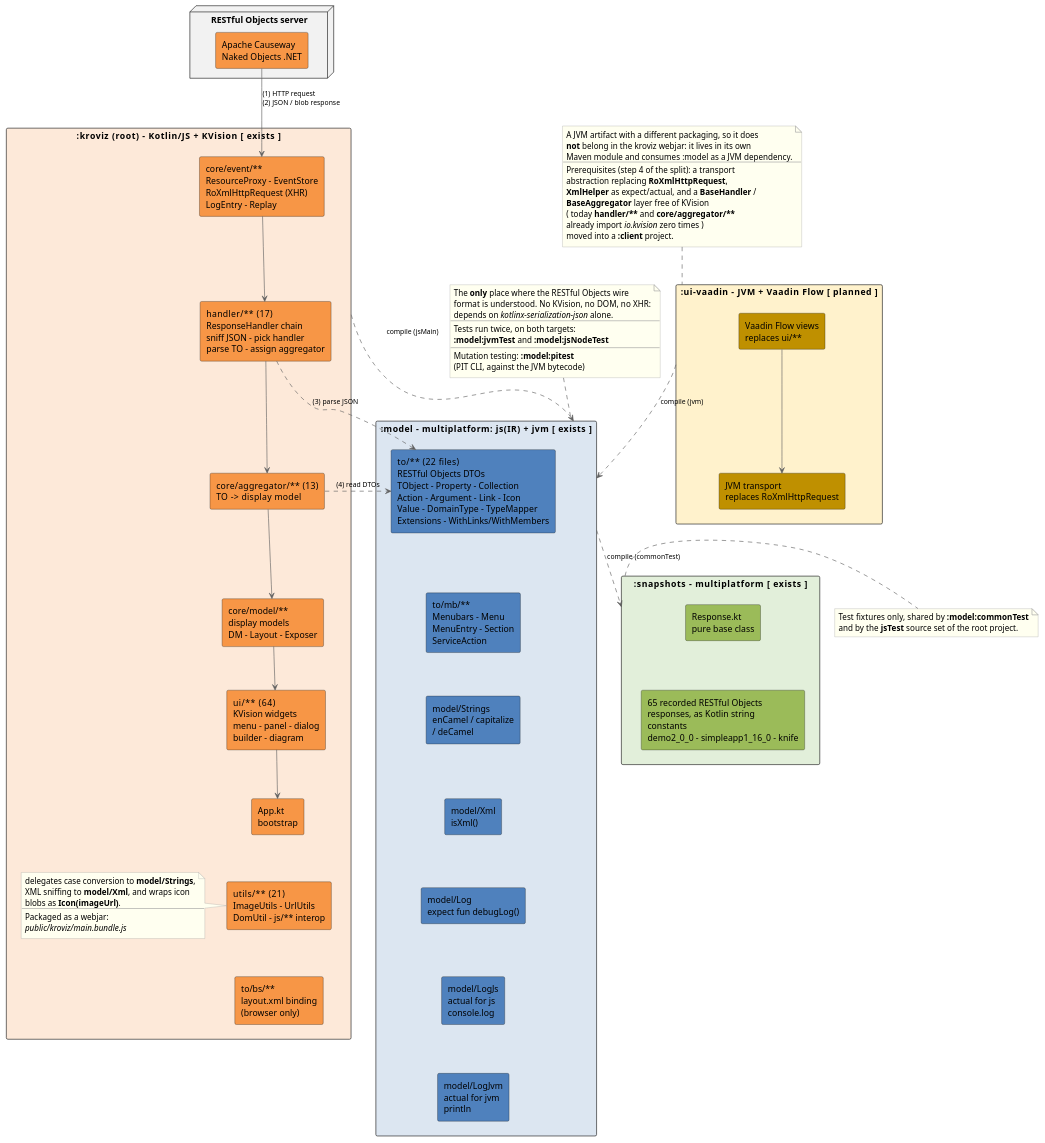
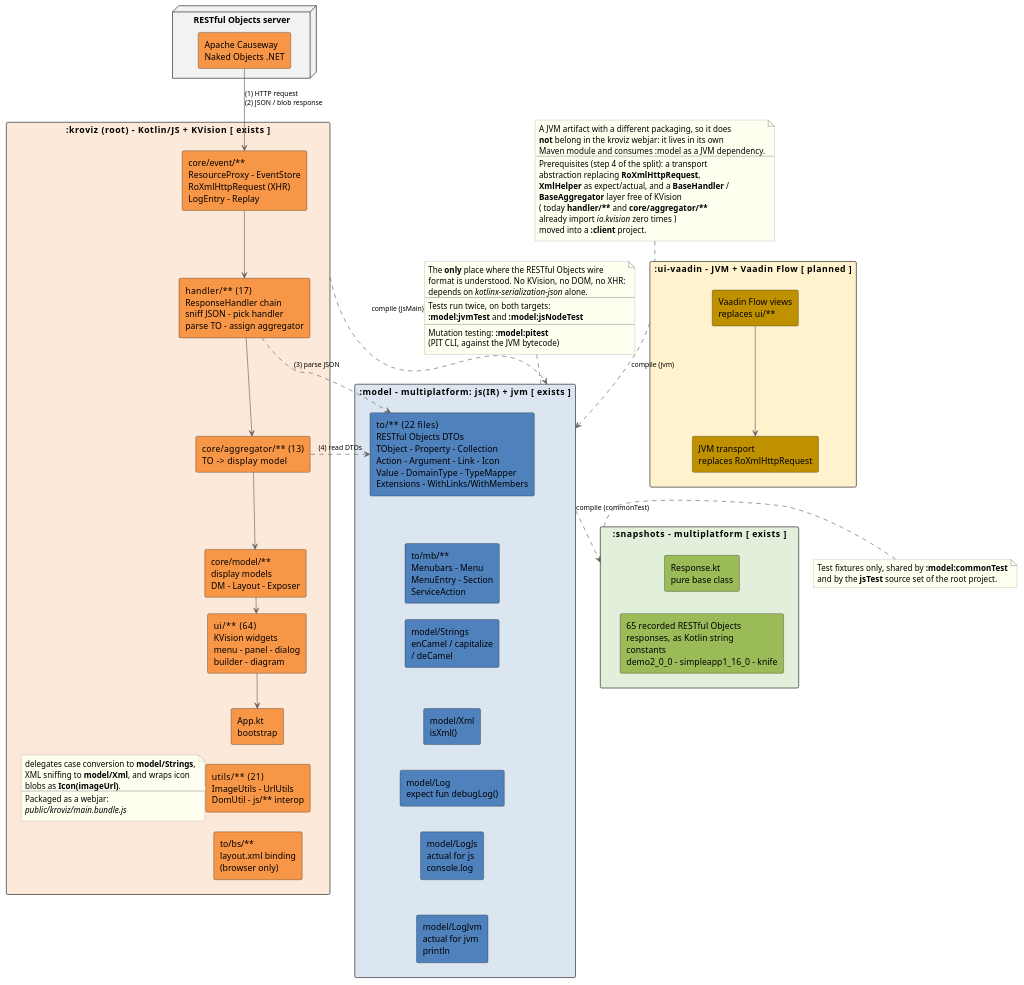
One commit to apache/causeway changed the diagram in incubator/clients/kroviz/adoc/modules/kroviz/partials/design/uml-modules.puml. Above: the diagram before and after it, drawn with PlantUML.

Commit message:
[CAUSEWAY-3847] uml-modules.puml further compacted

```diff
--- a/incubator/clients/kroviz/adoc/modules/kroviz/partials/design/uml-modules.puml
+++ b/incubator/clients/kroviz/adoc/modules/kroviz/partials/design/uml-modules.puml
@@ -1,134 +1,136 @@
 @startuml
 
 skinparam shadowing false
 skinparam packageStyle rectangle
 skinparam componentStyle rectangle
 skinparam defaultTextAlignment left
 skinparam noteBackgroundColor #FFFFF0
 skinparam noteBorderColor #A0A0A0
 skinparam ArrowColor #606060
 skinparam ArrowFontSize 11
+skinparam ranksep 1
+skinparam nodesep 1
 
 ' =====================================================================
 '  Remote
 ' =====================================================================
 node "RESTful Objects server" as SRV #F2F2F2 {
     component "Apache Causeway\nNaked Objects .NET" as RO #F79646
 }
 
 ' =====================================================================
 '  Front end A - the KVision client, exists today
 '
 '  Read from left to right: the response travels from the transport
 '  over the handler chain and the aggregators up into the display
 '  models, which the UI finally renders.
 ' =====================================================================
 package ":kroviz   (root)   -   Kotlin/JS + KVision      [ exists ]" as JS #FDE9D9 {
     component "core/event/**\nResourceProxy - EventStore\nRoXmlHttpRequest (XHR)\nLogEntry - Replay" as EVT #F79646
     component "handler/**   (17)\nResponseHandler chain\nsniff JSON - pick handler\nparse TO - assign aggregator" as HND #F79646
     component "core/aggregator/**   (13)\nTO  ->  display model" as AGG #F79646
     component "core/model/**\ndisplay models\nDM - Layout - Exposer" as DM #F79646
     component "ui/**   (64)\nKVision widgets\nmenu - panel - dialog\nbuilder - diagram" as UI #F79646
     component "App.kt\nbootstrap" as APP #F79646
     component "utils/**   (21)\nImageUtils - UrlUtils\nDomUtil - js/** interop" as UTIL #F79646
     component "to/bs/**\nlayout.xml binding\n(browser only)" as BS #F79646
 
     EVT --> HND
     HND --> AGG
     AGG --> DM
     DM --> UI
     UI --> APP
     APP -[hidden]- UTIL
     UTIL -[hidden]- BS
 
     note left of UTIL
         delegates case conversion to <b>model/Strings</b>,
         XML sniffing to <b>model/Xml</b>, and wraps icon
         blobs as <b>Icon(imageUrl)</b>.
         ----
         Packaged as a webjar:
         <i>public/kroviz/main.bundle.js</i>
     end note
 }
 
 ' =====================================================================
 '  Front end B - the planned Vaadin client, JVM only
 ' =====================================================================
 package ":ui-vaadin   -   JVM + Vaadin Flow      [ planned ]" as VAADIN #FFF2CC {
     component "Vaadin Flow views\nreplaces ui/**" as VUI #BF9000
     component "JVM transport\nreplaces RoXmlHttpRequest" as VTR #BF9000
     VUI --> VTR
 }
 
 ' =====================================================================
 '  Shared, platform independent
 ' =====================================================================
 package ":model   -   multiplatform:  js(IR) + jvm      [ exists ]" as MODEL #DCE6F1 {
     component "to/**   (22 files)\nRESTful Objects DTOs\nTObject - Property - Collection\nAction - Argument - Link - Icon\nValue - DomainType - TypeMapper\nExtensions - WithLinks/WithMembers" as TO #4F81BD
     component "to/mb/**\nMenubars - Menu\nMenuEntry - Section\nServiceAction" as MB #4F81BD
     component "model/Strings\nenCamel / capitalize\n/ deCamel" as ST #4F81BD
     component "model/Xml\nisXml()" as XM #4F81BD
     component "model/Log\nexpect fun debugLog()" as LG #4F81BD
     component "model/LogJs\nactual for js\nconsole.log" as LGJS #4F81BD
     component "model/LogJvm\nactual for jvm\nprintln" as LGJVM #4F81BD
 
     TO -[hidden]- MB
     MB -[hidden]- ST
     ST -[hidden]- XM
     XM -[hidden]- LG
     LG -[hidden]- LGJS
     LGJS -[hidden]- LGJVM
 }
 
 package ":snapshots   -   multiplatform      [ exists ]" as SNAP #E2EFDA {
     component "Response.kt\npure base class" as RESP #9BBB59
     component "65 recorded RESTful Objects\nresponses, as Kotlin string\nconstants\ndemo2_0_0 - simpleapp1_16_0 - knife" as FIX #9BBB59
     RESP -[hidden]- FIX
 }
 
 ' =====================================================================
 '  Compile time dependencies
 ' =====================================================================
 JS .> MODEL : "compile (jsMain)"
 VAADIN ..> MODEL : "compile (jvm)"
 MODEL ..> SNAP : "compile (commonTest)"
 
 ' =====================================================================
 '  Runtime interaction
 ' =====================================================================
 RO --> EVT : "(1) HTTP request\n(2) JSON / blob response"
 HND .> TO : "(3) parse JSON"
 AGG .> TO : "(4) read DTOs"
 
 note top of MODEL
     The <b>only</b> place where the RESTful Objects wire
     format is understood.  No KVision, no DOM, no XHR:
     depends on <i>kotlinx-serialization-json</i> alone.
     ----
     Tests run twice, on both targets:
     <b>:model:jvmTest</b> and <b>:model:jsNodeTest</b>
     ----
     Mutation testing: <b>:model:pitest</b>
     (PIT CLI, against the JVM bytecode)
 end note
 
 note top of VAADIN
     A JVM artifact with a different packaging, so it does
     <b>not</b> belong in the kroviz webjar: it lives in its own
     Maven module and consumes :model as a JVM dependency.
     ----
     Prerequisites (step 4 of the split): a transport
     abstraction replacing <b>RoXmlHttpRequest</b>,
     <b>XmlHelper</b> as expect/actual, and a <b>BaseHandler</b> /
     <b>BaseAggregator</b> layer free of KVision
     ( today <b>handler/**</b> and <b>core/aggregator/**</b>
     already import <i>io.kvision</i> zero times )
     moved into a <b>:client</b> project.
 end note
 
 note right of SNAP
     Test fixtures only, shared by <b>:model:commonTest</b>
     and by the <b>jsTest</b> source set of the root project.
 end note
 
 @enduml
```
